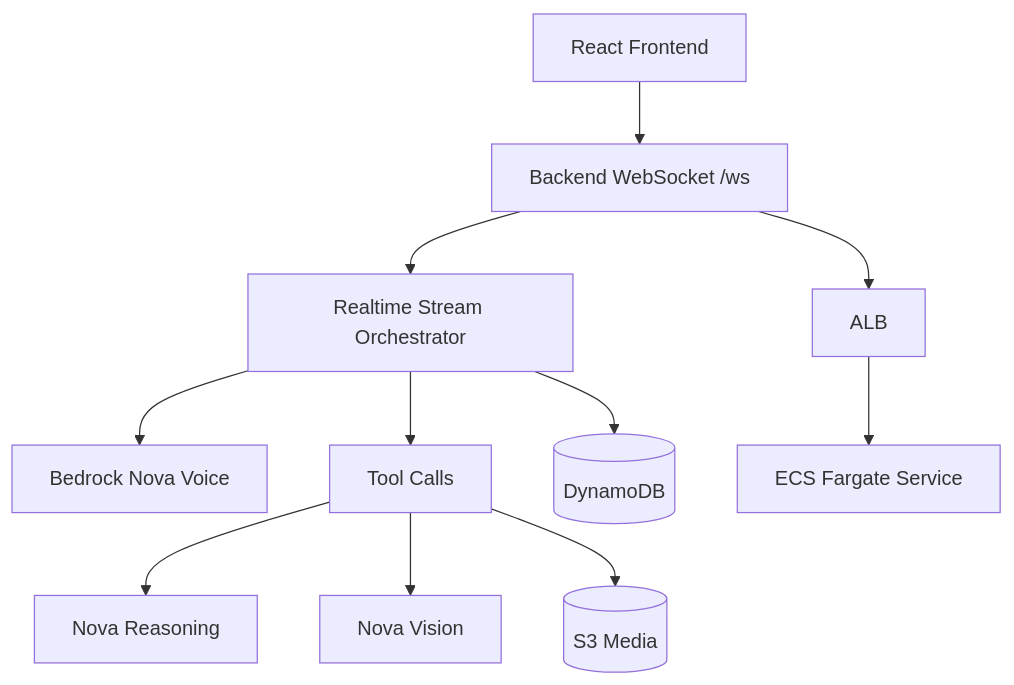
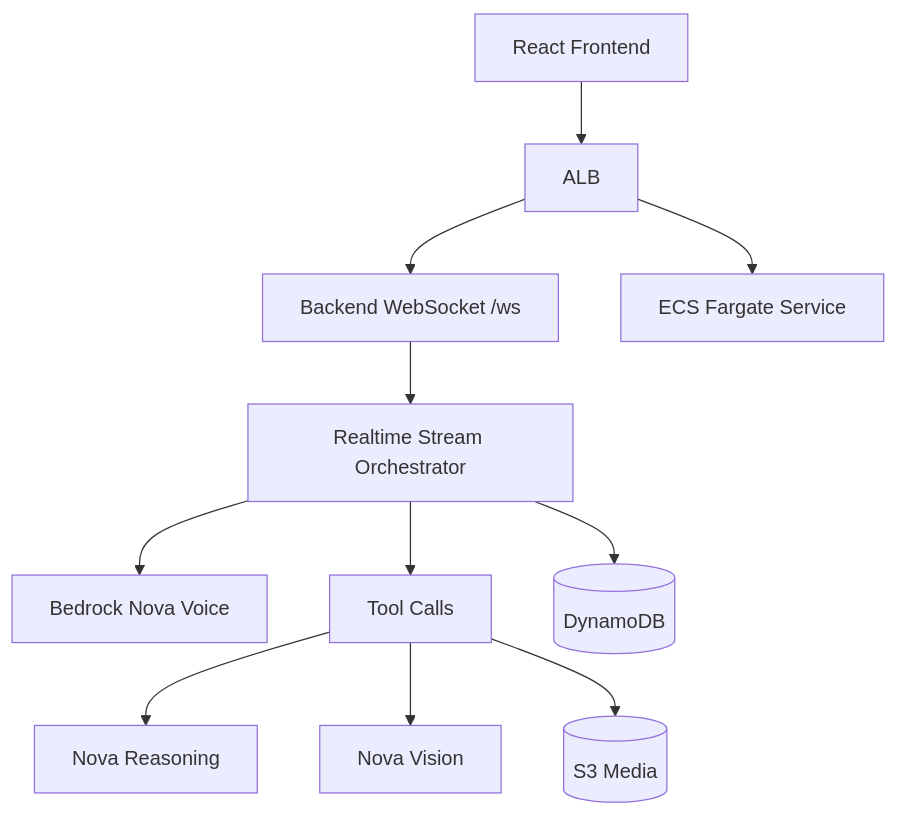
The diagram in docs/hackathons/nova-architecture.md (ogabasseyy/ekaette), drawn with Mermaid before and after one commit. The commit also changed other lines of this file and 69 other files, not shown here.

````diff
--- a/docs/hackathons/nova-architecture.md
+++ b/docs/hackathons/nova-architecture.md
@@ -3,13 +3,13 @@
 ```mermaid
 graph TB
-    UI[React Frontend] --> WS[Backend WebSocket /ws]
+    UI[React Frontend] --> ALB[ALB]
+    ALB --> WS[Backend WebSocket /ws]
     WS --> RT[Realtime Stream Orchestrator]
     RT --> NOVA[Bedrock Nova Voice]
     RT --> TOOLS[Tool Calls]
     TOOLS --> TXT[Nova Reasoning]
     TOOLS --> VIS[Nova Vision]
     RT --> DDB[(DynamoDB)]
     TOOLS --> S3[(S3 Media)]
-    WS --> ALB[ALB]
     ALB --> ECS[ECS Fargate Service]
 ```
````
